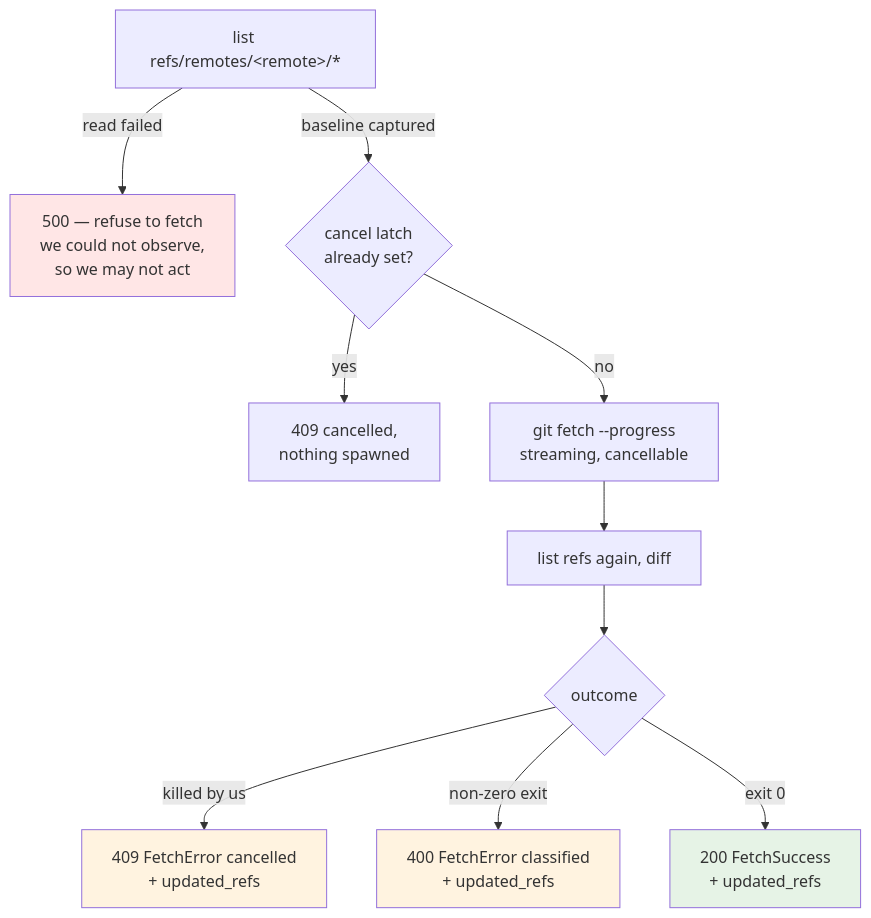
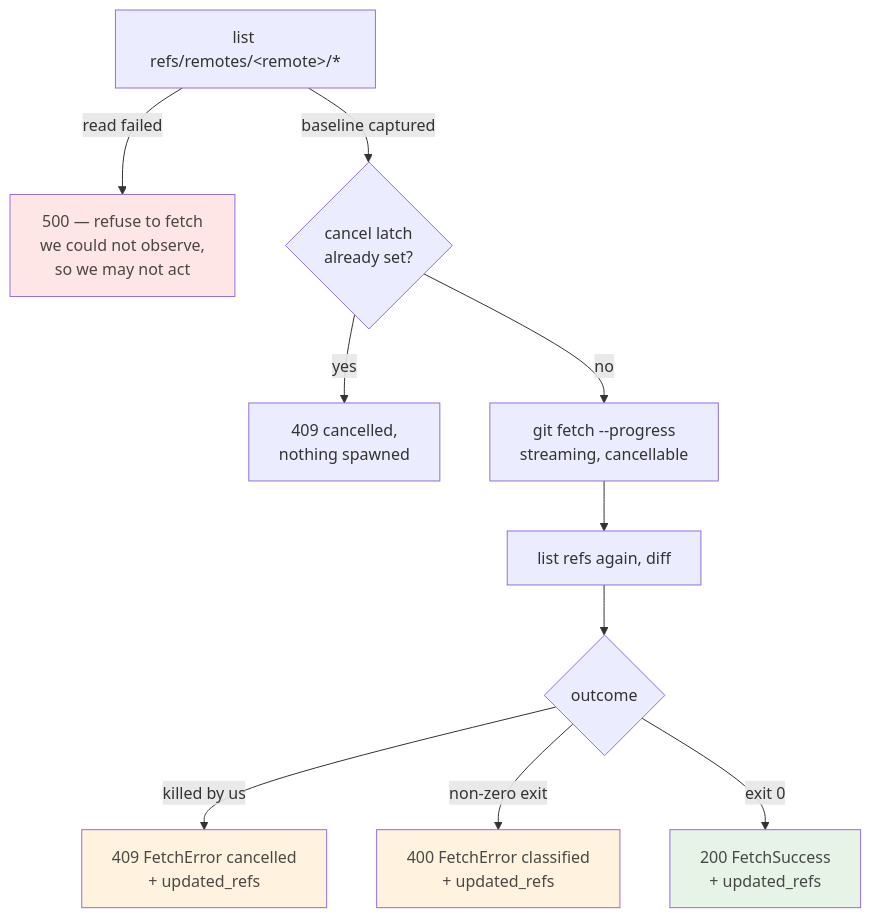
The sixth of 8 diagrams in docs/adr/0043-fetch-execution.md (tom2025b/git-vista), drawn with Mermaid before and after one commit. The commit also changed 21 other files, not shown here.

````diff
--- a/docs/adr/0043-fetch-execution.md
+++ b/docs/adr/0043-fetch-execution.md
@@ -276,16 +276,16 @@
 ```mermaid
 flowchart TD
     A["list refs/remotes/&lt;remote&gt;/*"] -->|"read failed"| B["500 — refuse to fetch<br/>we could not observe,<br/>so we may not act"]
     A -->|"baseline captured"| C{"cancel latch<br/>already set?"}
     C -->|yes| D["409 cancelled,<br/>nothing spawned"]
     C -->|no| E["git fetch --progress<br/>streaming, cancellable"]
     E --> F["list refs again, diff"]
     F --> G{"outcome"}
     G -->|"killed by us"| H["409 FetchError cancelled<br/>+ updated_refs"]
     G -->|"non-zero exit"| I["400 FetchError classified<br/>+ updated_refs"]
     G -->|"exit 0"| J["200 FetchSuccess<br/>+ updated_refs"]
-    style B fill:#ffe6e6
-    style H fill:#fff3e0
-    style I fill:#fff3e0
-    style J fill:#e6f3e6
+    style B fill:#ffe6e6,color:#4c4545
+    style H fill:#fff3e0,color:#4c4843
+    style I fill:#fff3e0,color:#4c4843
+    style J fill:#e6f3e6,color:#454845
 ```
````
